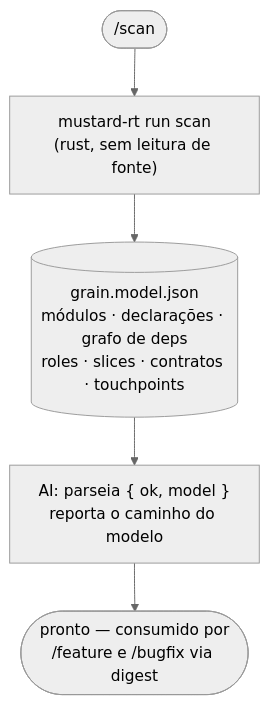
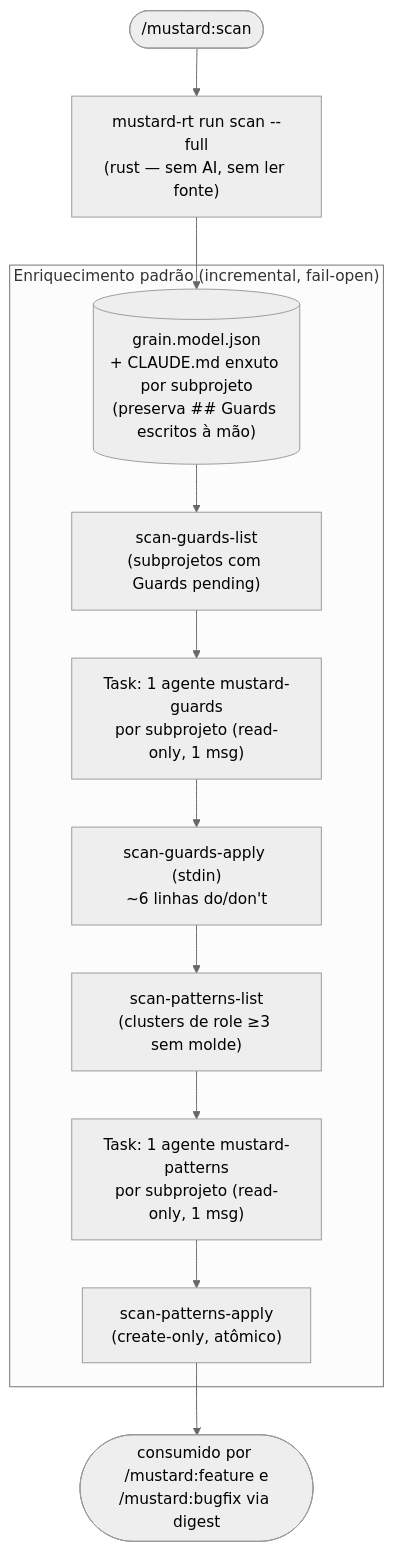
One commit to rubensrpj/mustard changed the fourth of 20 diagrams in MUSTARD-COMMANDS.md. Above: the diagram before and after it, drawn with Mermaid (neutral theme). The commit also changed other lines of this file and 35 other files, not shown here.

````diff
--- a/MUSTARD-COMMANDS.md
+++ b/MUSTARD-COMMANDS.md
@@ -88,7 +130,16 @@
 ```mermaid
 flowchart TD
-    start(["/scan"]) --> run["mustard-rt run scan<br/>(rust, sem leitura de fonte)"]
-    run --> model[("grain.model.json<br/>módulos · declarações · grafo de deps<br/>roles · slices · contratos · touchpoints")]
-    model --> report["AI: parseia { ok, model }<br/>reporta o caminho do modelo"]
-    report --> done(["pronto — consumido por<br/>/feature e /bugfix via digest"])
+    start(["/mustard:scan"]) --> full["mustard-rt run scan --full<br/>(rust — sem AI, sem ler fonte)"]
+    full --> model[("grain.model.json<br/>+ CLAUDE.md enxuto por subprojeto<br/>(preserva ## Guards escritos à mão)")]
+
+    subgraph enrich["Enriquecimento padrão (incremental, fail-open)"]
+        model --> gl["scan-guards-list<br/>(subprojetos com Guards pending)"]
+        gl --> gag["Task: 1 agente mustard-guards<br/>por subprojeto (read-only, 1 msg)"]
+        gag --> gap["scan-guards-apply (stdin)<br/>~6 linhas do/don't"]
+        gap --> pl["scan-patterns-list<br/>(clusters de role ≥3 sem molde)"]
+        pl --> pag["Task: 1 agente mustard-patterns<br/>por subprojeto (read-only, 1 msg)"]
+        pag --> pap["scan-patterns-apply<br/>(create-only, atômico)"]
+    end
+
+    pap --> done(["consumido por /mustard:feature e<br/>/mustard:bugfix via digest"])
 ```
````
